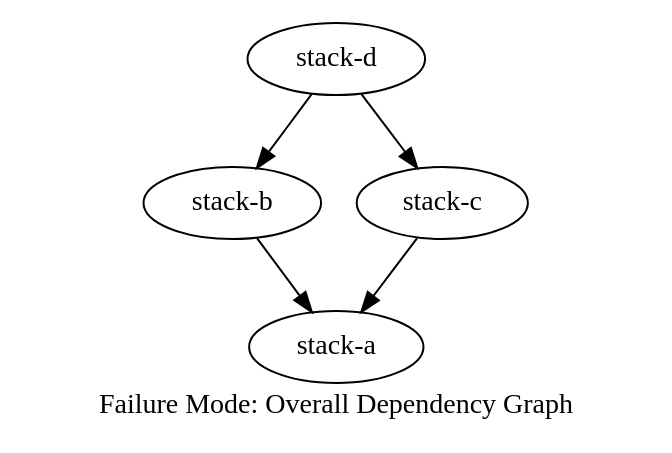
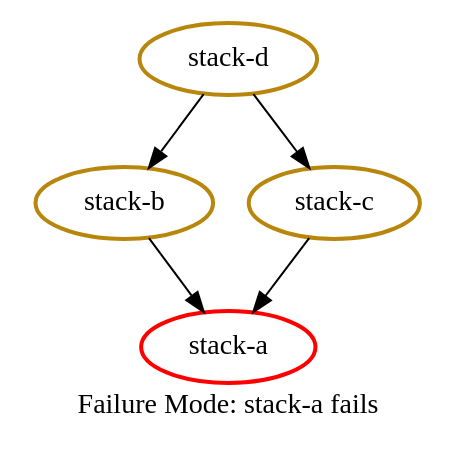
Before and after one commit to terramate-io/terramate: the diagram in docs/graphs/failure-mode-stack-a-fails.dot, drawn with Graphviz. The commit also changed 1 other file, not shown here.

Commit message:
docs: add graph showing failure mode

```diff
--- a/docs/graphs/failure-mode-stack-a-fails.dot
+++ b/docs/graphs/failure-mode-stack-a-fails.dot
@@ -1,8 +1,15 @@
 digraph { 
-    label="Failure Mode: Overall Dependency Graph"
+    label="Failure Mode: stack-a fails"
+
+    node [penwidth = 2.0]
+
+    "stack-a" [color = red]
+    "stack-b" [color = darkgoldenrod]
+    "stack-c" [color = darkgoldenrod]
+    "stack-d" [color = darkgoldenrod]
 
     "stack-b" -> "stack-a"
     "stack-c" -> "stack-a"
     "stack-d" -> "stack-b"
     "stack-d" -> "stack-c"
 }
```
